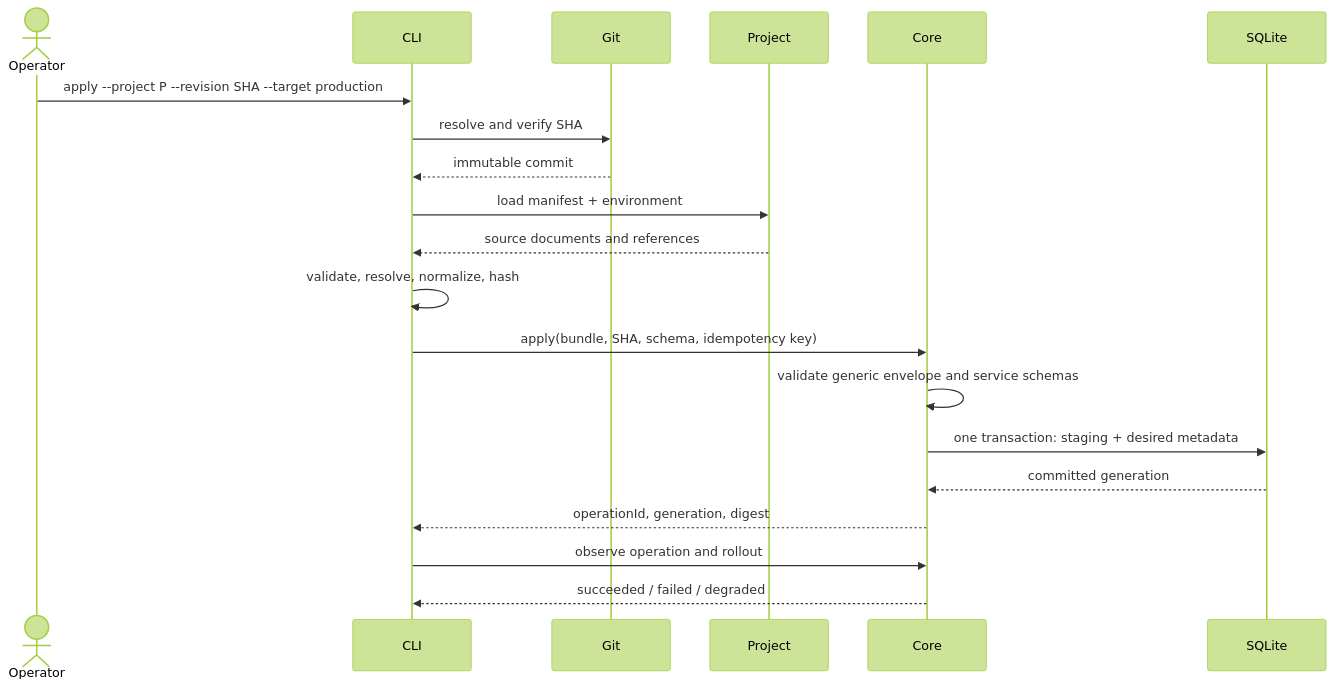
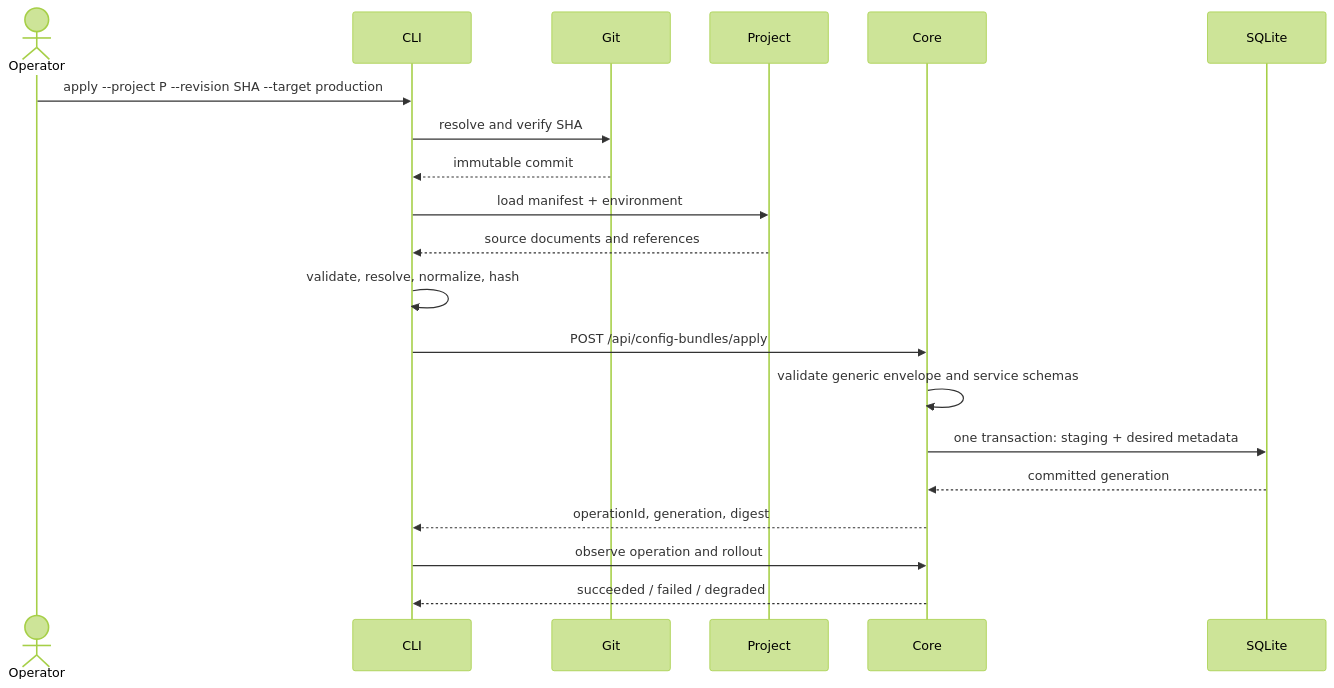
One commit to Liapoldus/cli changed the diagram in docs/project-and-bundle.md. Above: the diagram before and after it, drawn with Mermaid (forest theme). The commit also changed other lines of this file and 8 other files, not shown here.

````diff
--- a/docs/project-and-bundle.md
+++ b/docs/project-and-bundle.md
@@ -42,23 +43,23 @@
 ```mermaid
 sequenceDiagram
     actor Operator
     participant CLI
     participant Git
     participant Project
     participant Core
     participant SQLite
 
     Operator->>CLI: apply --project P --revision SHA --target production
     CLI->>Git: resolve and verify SHA
     Git-->>CLI: immutable commit
     CLI->>Project: load manifest + environment
     Project-->>CLI: source documents and references
     CLI->>CLI: validate, resolve, normalize, hash
-    CLI->>Core: apply(bundle, SHA, schema, idempotency key)
+CLI->>Core: POST /api/config-bundles/apply
     Core->>Core: validate generic envelope and service schemas
     Core->>SQLite: one transaction: staging + desired metadata
     SQLite-->>Core: committed generation
     Core-->>CLI: operationId, generation, digest
     CLI->>Core: observe operation and rollout
     Core-->>CLI: succeeded / failed / degraded
 ```
````
